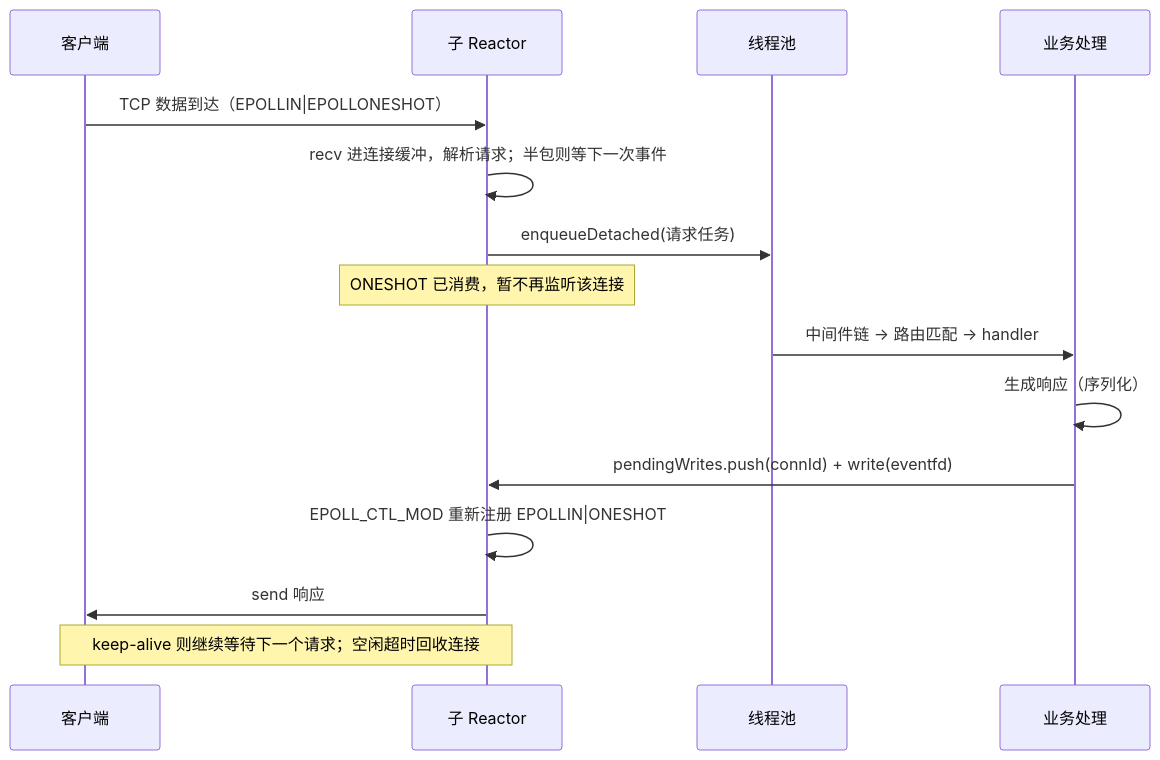
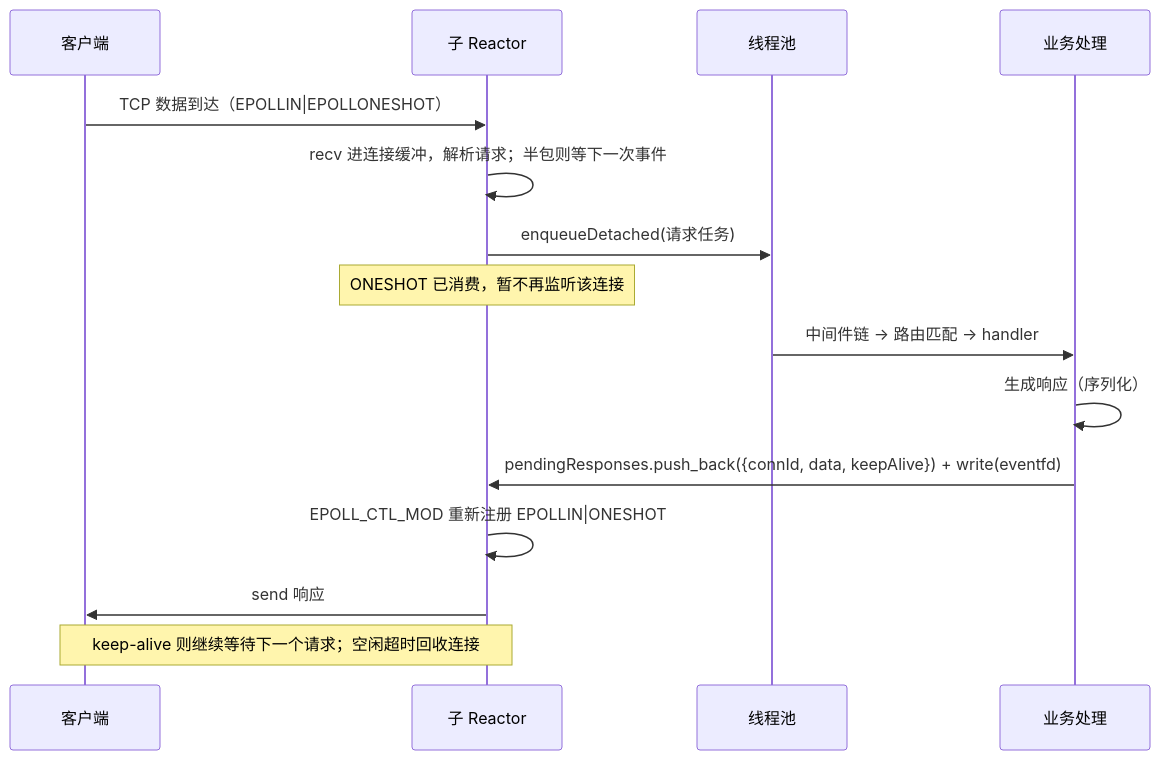
Before and after one commit to Chieko3020/HttpFramework: the diagram in README.md, drawn with Mermaid. The commit also changed other lines of this file, not shown here.

````diff
--- a/README.md
+++ b/README.md
@@ -364,17 +365,17 @@
 ```mermaid
 sequenceDiagram
     participant C as 客户端
     participant SR as 子 Reactor
     participant TP as 线程池
     participant H as 业务处理
     C->>SR: TCP 数据到达（EPOLLIN|EPOLLONESHOT）
     SR->>SR: recv 进连接缓冲，解析请求；半包则等下一次事件
     SR->>TP: enqueueDetached(请求任务)
     Note over SR: ONESHOT 已消费，暂不再监听该连接
     TP->>H: 中间件链 → 路由匹配 → handler
     H->>H: 生成响应（序列化）
-    H->>SR: pendingWrites.push(connId) + write(eventfd)
+    H->>SR: pendingResponses.push_back({connId, data, keepAlive}) + write(eventfd)
     SR->>SR: EPOLL_CTL_MOD 重新注册 EPOLLIN|ONESHOT
     SR->>C: send 响应
     Note over SR,C: keep-alive 则继续等待下一个请求；空闲超时回收连接
 ```
````
